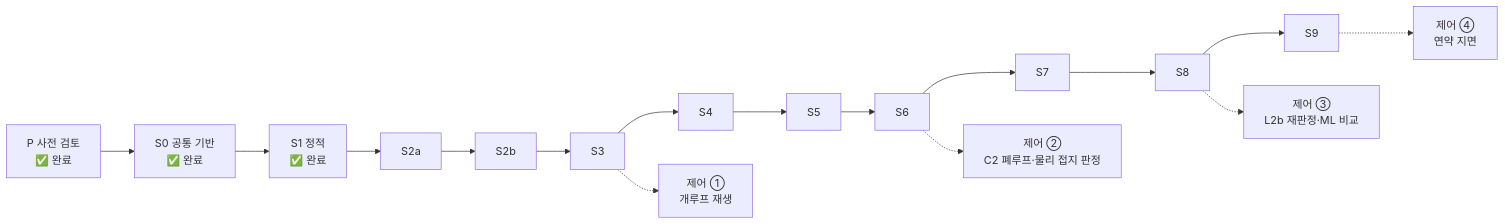
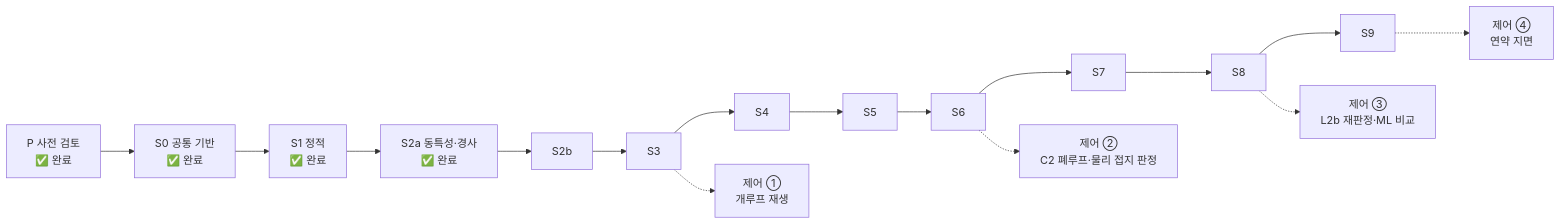
The diagram in 00_docs/00_roadmap.md (jinbeomjeong/outrigger_control), drawn with Mermaid before and after one commit. The commit also changed other lines of this file and 31 other files, not shown here.

````diff
--- a/00_docs/00_roadmap.md
+++ b/00_docs/00_roadmap.md
@@ -17,10 +17,10 @@
 ```mermaid
 flowchart LR
     P["P 사전 검토<br/>✅ 완료"] --> S0["S0 공통 기반<br/>✅ 완료"]
-    S0 --> S1["S1 정적<br/>✅ 완료"] --> S2a --> S2b --> S3 --> S4 --> S5 --> S6
+    S0 --> S1["S1 정적<br/>✅ 완료"] --> S2a["S2a 동특성·경사<br/>✅ 완료"] --> S2b --> S3 --> S4 --> S5 --> S6
     S6 --> S7 --> S8 --> S9
     S3 -.-> C1["제어 ①<br/>개루프 재생"]
     S6 -.-> C2["제어 ②<br/>C2 폐루프·물리 접지 판정"]
     S8 -.-> C3["제어 ③<br/>L2b 재판정·ML 비교"]
     S9 -.-> C4["제어 ④<br/>연약 지면"]
 ```
````
